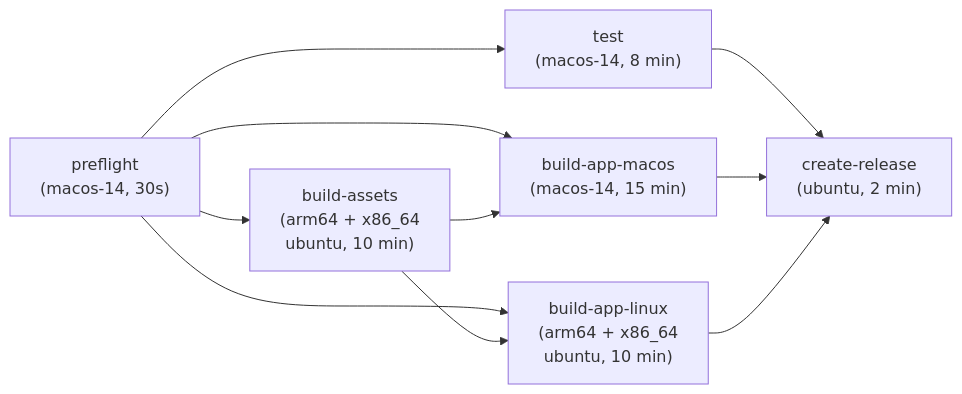
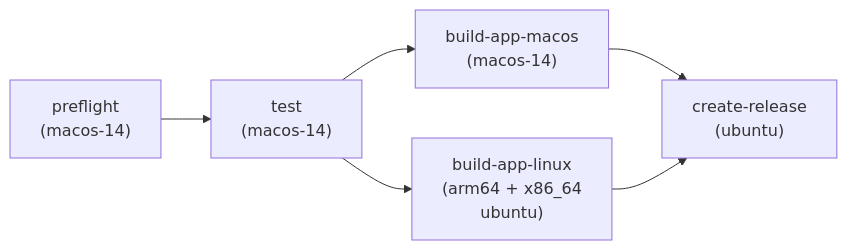
One commit to google/capsem changed the second of 2 diagrams in web/docs/src/content/docs/development/stack.md. Above: the diagram before and after it, drawn with Mermaid. The commit also changed other lines of this file and 51 other files, not shown here.

````diff
--- a/web/docs/src/content/docs/development/stack.md
+++ b/web/docs/src/content/docs/development/stack.md
@@ -210,16 +220,13 @@
 ```mermaid
 flowchart LR
-    PF["preflight\n(macos-14, 30s)"]
-    BA["build-assets\n(arm64 + x86_64\nubuntu, 10 min)"]
-    T["test\n(macos-14, 8 min)"]
-    BM["build-app-macos\n(macos-14, 15 min)"]
-    BL["build-app-linux\n(arm64 + x86_64\nubuntu, 10 min)"]
-    CR["create-release\n(ubuntu, 2 min)"]
+    PF["preflight\n(macos-14)"]
+    T["test\n(macos-14)"]
+    BM["build-app-macos\n(macos-14)"]
+    BL["build-app-linux\n(arm64 + x86_64\nubuntu)"]
+    CR["create-release\n(ubuntu)"]
 
-    PF --> BA & T
-    PF --> BM & BL
-    BA --> BM & BL
-    T --> CR
+    PF --> T
+    T --> BM & BL
     BM --> CR
     BL --> CR
 ```
````
